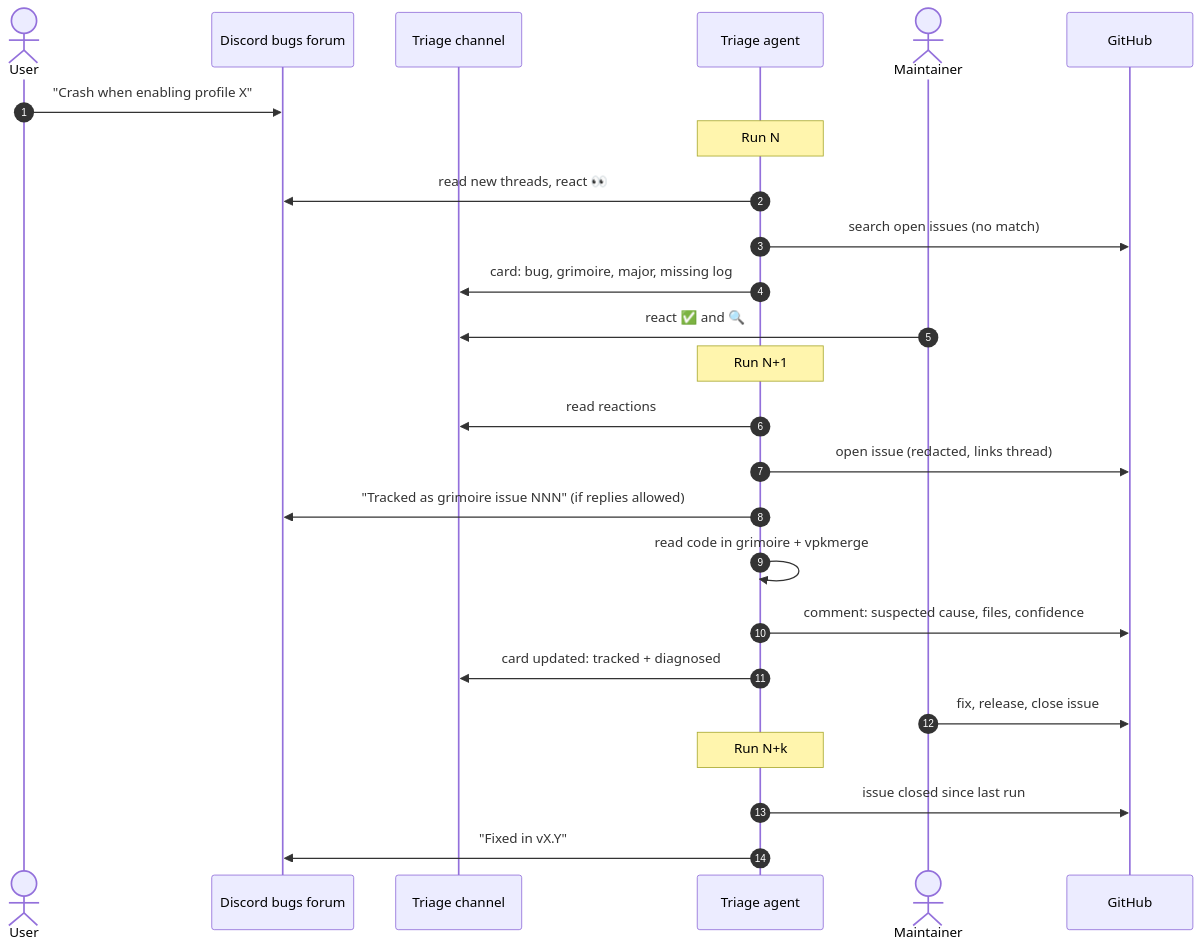
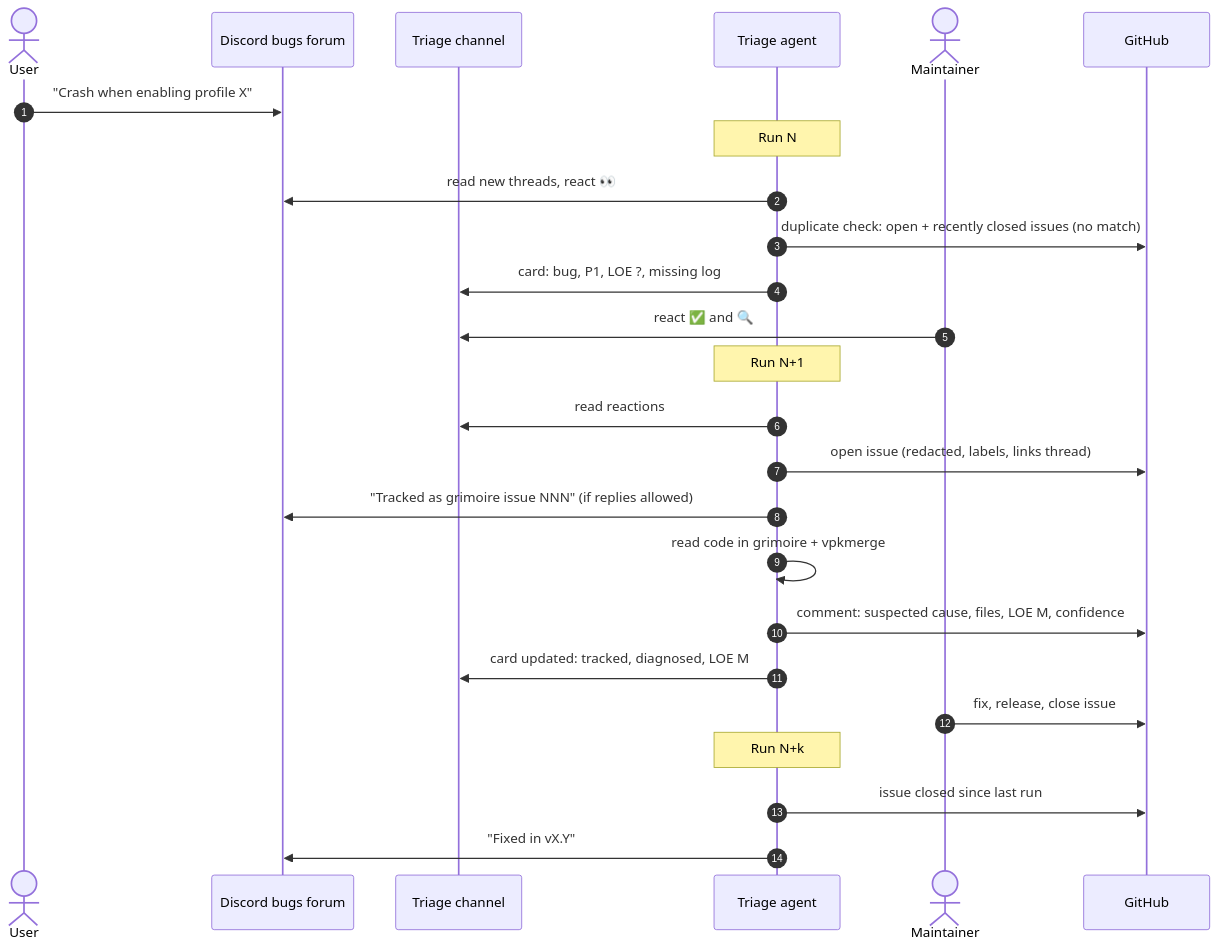
Before and after one commit to Slush97/grimoire: the eighth of 16 diagrams in docs/discord-triage.md, drawn with Mermaid. The commit also changed other lines of this file, not shown here.

First line of the commit message:
docs(triage): simple and detailed diagrams, priority/LOE scoring, dedup, Discord commands

````diff
--- a/docs/discord-triage.md
+++ b/docs/discord-triage.md
@@ -133,28 +180,28 @@
 ```mermaid
 sequenceDiagram
     autonumber
     actor U as User
     participant D as Discord bugs forum
     participant T as Triage channel
     participant A as Triage agent
     actor M as Maintainer
     participant G as GitHub
 
     U->>D: "Crash when enabling profile X"
     Note over A: Run N
     A->>D: read new threads, react 👀
-    A->>G: search open issues (no match)
-    A->>T: card: bug, grimoire, major, missing log
+    A->>G: duplicate check: open + recently closed issues (no match)
+    A->>T: card: bug, P1, LOE ?, missing log
     M->>T: react ✅ and 🔍
     Note over A: Run N+1
     A->>T: read reactions
-    A->>G: open issue (redacted, links thread)
+    A->>G: open issue (redacted, labels, links thread)
     A->>D: "Tracked as grimoire issue NNN" (if replies allowed)
     A->>A: read code in grimoire + vpkmerge
-    A->>G: comment: suspected cause, files, confidence
-    A->>T: card updated: tracked + diagnosed
+    A->>G: comment: suspected cause, files, LOE M, confidence
+    A->>T: card updated: tracked, diagnosed, LOE M
     M->>G: fix, release, close issue
     Note over A: Run N+k
     A->>G: issue closed since last run
     A->>D: "Fixed in vX.Y"
 ```
````
